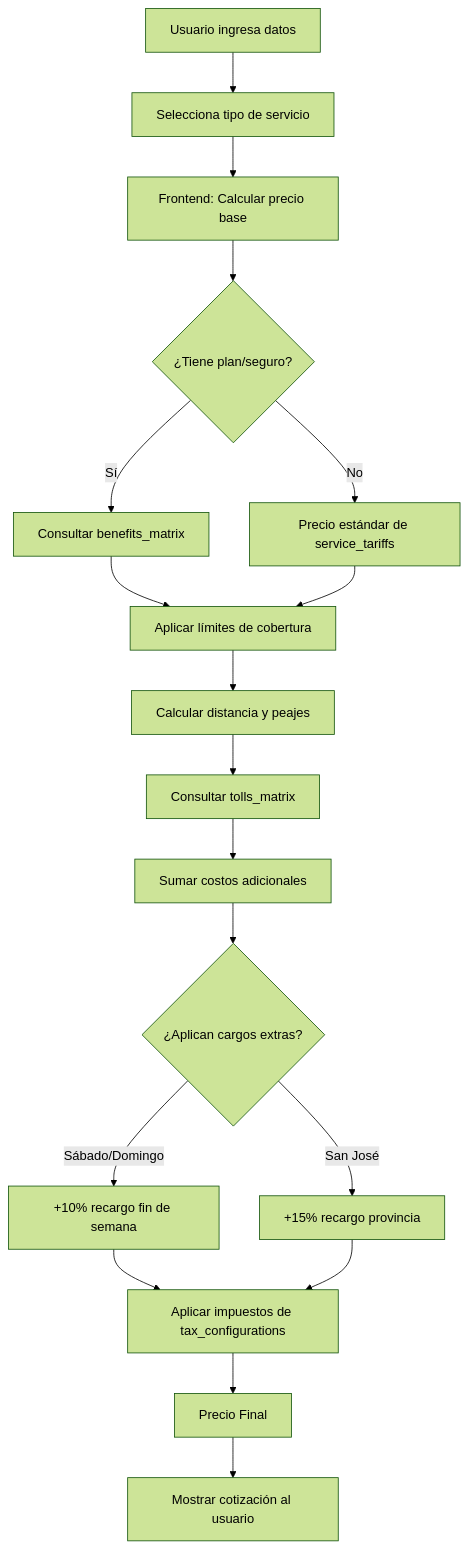
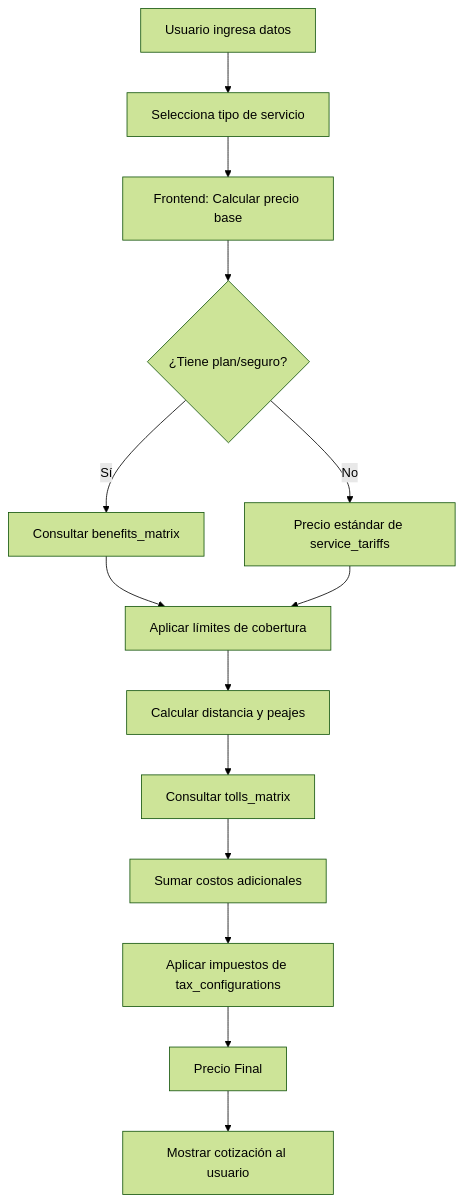
Before and after one commit to KennyWong2024/universal-roadside-quoter: the diagram in README.md, drawn with Mermaid (forest theme). The commit also changed other lines of this file, not shown here.

````diff
--- a/README.md
+++ b/README.md
@@ -578,20 +564,16 @@
 ```mermaid
 graph TD
     A[Usuario ingresa datos] --> B[Selecciona tipo de servicio]
     B --> C[Frontend: Calcular precio base]
     C --> D{¿Tiene plan/seguro?}
     D -->|Sí| E[Consultar benefits_matrix]
     D -->|No| F[Precio estándar de service_tariffs]
     E --> G[Aplicar límites de cobertura]
     F --> G
     G --> H[Calcular distancia y peajes]
     H --> I[Consultar tolls_matrix]
     I --> J[Sumar costos adicionales]
-    J --> K{¿Aplican cargos extras?}
-    K -->|Sábado/Domingo| L[+10% recargo fin de semana]
-    K -->|San José| M[+15% recargo provincia]
-    L --> N[Aplicar impuestos de tax_configurations]
-    M --> N
+    J --> N[Aplicar impuestos de tax_configurations]
     N --> O[Precio Final]
     O --> P[Mostrar cotización al usuario]
 ```
````
